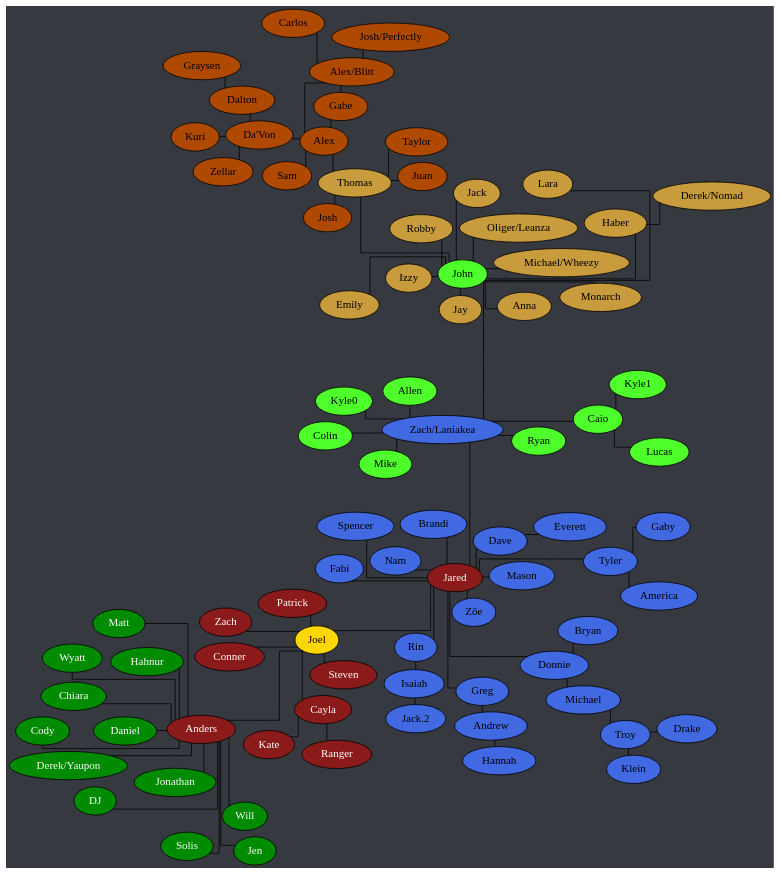
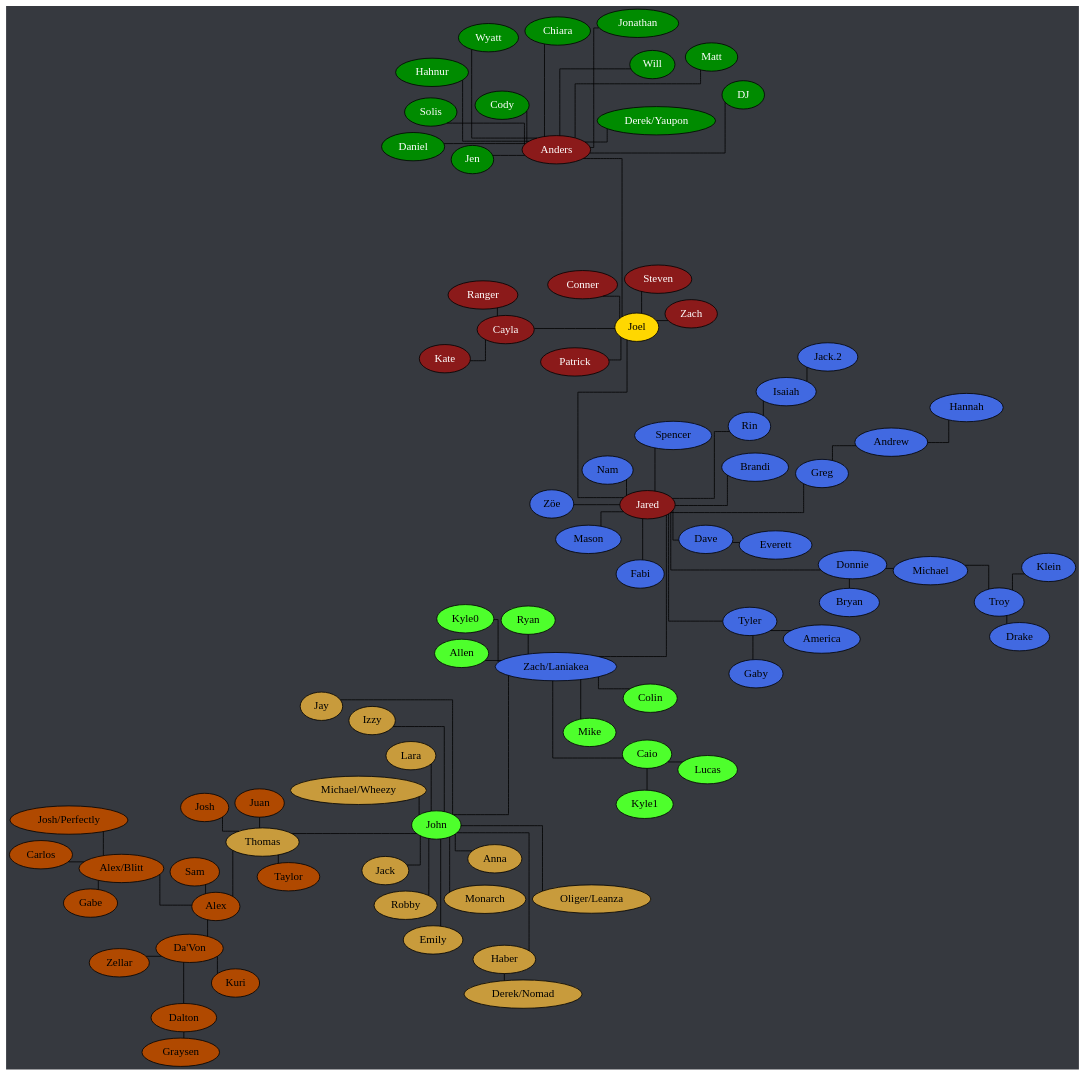
The diagram in tree.dot (Documidas/CoronaCatzFamilyTree), drawn with Graphviz before and after one commit. The commit also changed 1 other file, not shown here.

```diff
--- a/tree.dot
+++ b/tree.dot
@@ -1,131 +1,130 @@
 strict graph {
 	// Layout Configuration
 	layout = neato;
 	epsilon = 0.01;
 	mode = KK;
 	model = subset;
 	overlap = false;
 	splines = ortho;
 
 	// Visual Configuration
 	graph [truecolor=true bgcolor="#36393f"]
 	node [style=filled fillcolor="gray" fontcolor="black"]
 
 	subgraph "Joel" {
 		node [style=filled fillcolor="firebrick4" fontcolor="white"];
 		Joel [style=filled fillcolor="gold" fontcolor="black"];
 
 		Anders -- Joel;
 		Cayla -- Joel
 		Cayla -- Kate;
 		Cayla -- Ranger;
 		Joel -- Conner;
 		Joel -- Jared;
 		Joel -- Patrick;
 		Joel -- Steven;
 		Joel -- Zach;
 	}
 
 	subgraph "Anders" {
 		node [style=filled fillcolor="green4" fontcolor="white"];
 
 		Anders -- Chiara
 		Anders -- Cody;
 		Anders -- Daniel;
 		Anders -- "Derek/Yaupon";
 		Anders -- DJ;
 		Anders -- Hahnur;
 		Anders -- Jen;
 		Anders -- Jonathan;
 		Anders -- Matt;
 		Anders -- Solis;
 		Anders -- Will;
 		Anders -- Wyatt;
 	}
 
 	subgraph "Jared" {
 		node [style=filled fillcolor="royalblue" fontcolor="black"]
 
 		Andrew -- Hannah;
 		Dave -- Everett;
 		Donnie -- Bryan;
 		Donnie -- Michael;
 		Greg -- Andrew;
 		Isaiah -- "Jack.2";
 		Jared -- Brandi;
 		Jared -- Dave;
 		Jared -- Donnie;
 		Jared -- Fabi;
 		Jared -- Greg;
 		Jared -- Mason;
 		Jared -- Nam;
 		Jared -- Rin;
 		Jared -- Spencer;
 		Jared -- Tyler;
 		Jared -- "Zach/Laniakea";
 		Jared -- "Zöe";
 		Michael -- Troy;
 		Rin -- Isaiah;
 		Tyler -- America;
 		Tyler -- Gaby;
 		Troy -- Drake;
 		Troy -- Klein;
 	}
 
 	subgraph "Zach/Laniakea" {
 		node [style=filled fillcolor="#4eff2c" fontcolor="black"]
 
 		Caio -- Kyle1;
 		Caio -- Lucas;
 		"Zach/Laniakea" -- Allen;
 		"Zach/Laniakea" -- Caio;
 		"Zach/Laniakea" -- Colin;
 		"Zach/Laniakea" -- John [ len = 10 ];
 		"Zach/Laniakea" -- Kyle0;
 		"Zach/Laniakea" -- Mike;
 		"Zach/Laniakea" -- Ryan;
 	}
 
 	subgraph "John" {
 		node [style=filled fillcolor="#c89b3c" fontcolor="black"]
 
 		Haber -- "Derek/Nomad";
 		John -- Anna;
 		John -- Emily;
 		John -- Haber;
 		John -- Jay;
 		John -- Jack;
 		John -- Lara;
 		John -- Monarch;
 		John -- "Oliger/Leanza";
 		John -- Thomas;
 	}
 
 	subgraph "John-stream" {
 		// node [style=filled fillcolor="#9147ff" fontcolor="black"]
 		node [style=filled fillcolor="#c89b3c" fontcolor="black"]
 
 		John -- Izzy;
 		John -- "Michael/Wheezy";
 		John -- Robby;
 	}
 
 	subgraph "Thomas" {
 		node [style=filled fillcolor="#b04900" fontcolor="black"]
 		Alex -- "Alex/Blitt";
 		Alex -- "Da'Von";
-		Alex -- Gabe;
 		Alex -- Sam;
 		"Alex/Blitt" -- Carlos;
 		"Alex/Blitt" -- Gabe;
 		"Alex/Blitt" -- "Josh/Perfectly";
 		Dalton -- Graysen;
 		"Da'Von" -- Dalton;
 		"Da'Von" -- Kuri;
 		"Da'Von" -- Zellar;
 		Thomas -- Alex;
 		Thomas -- Josh;
 		Thomas -- Juan;
 		Thomas -- Taylor;
 	}
 }
```
